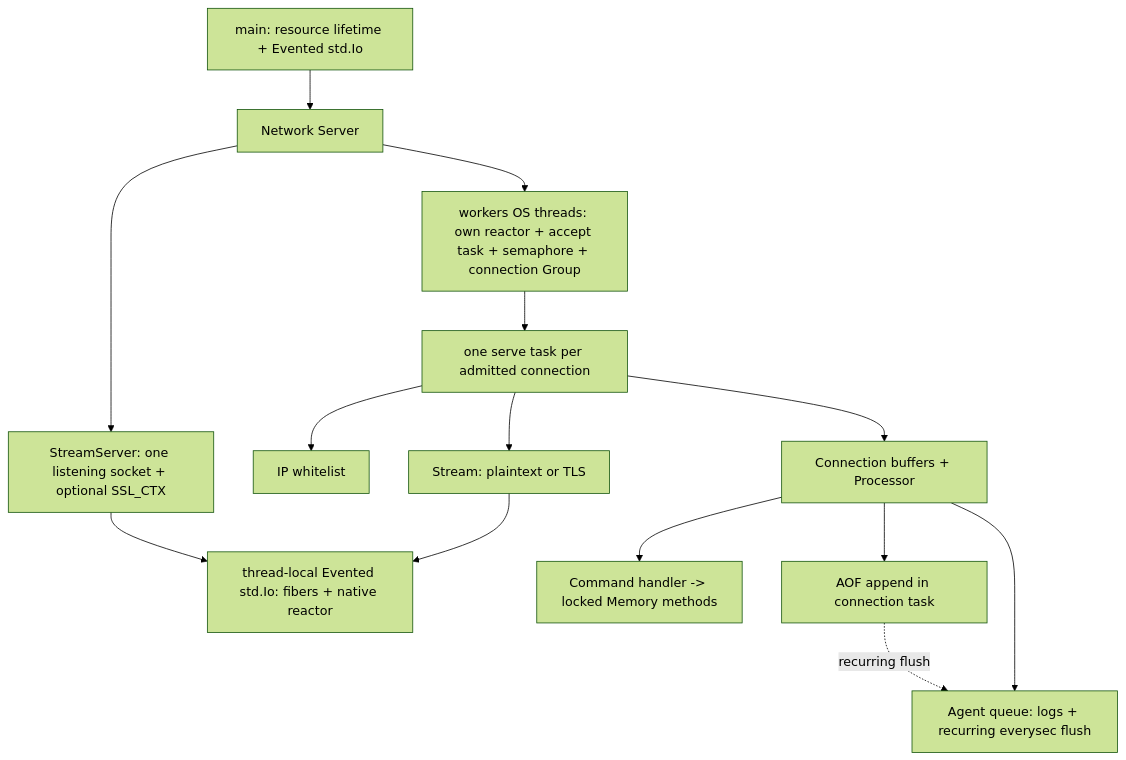
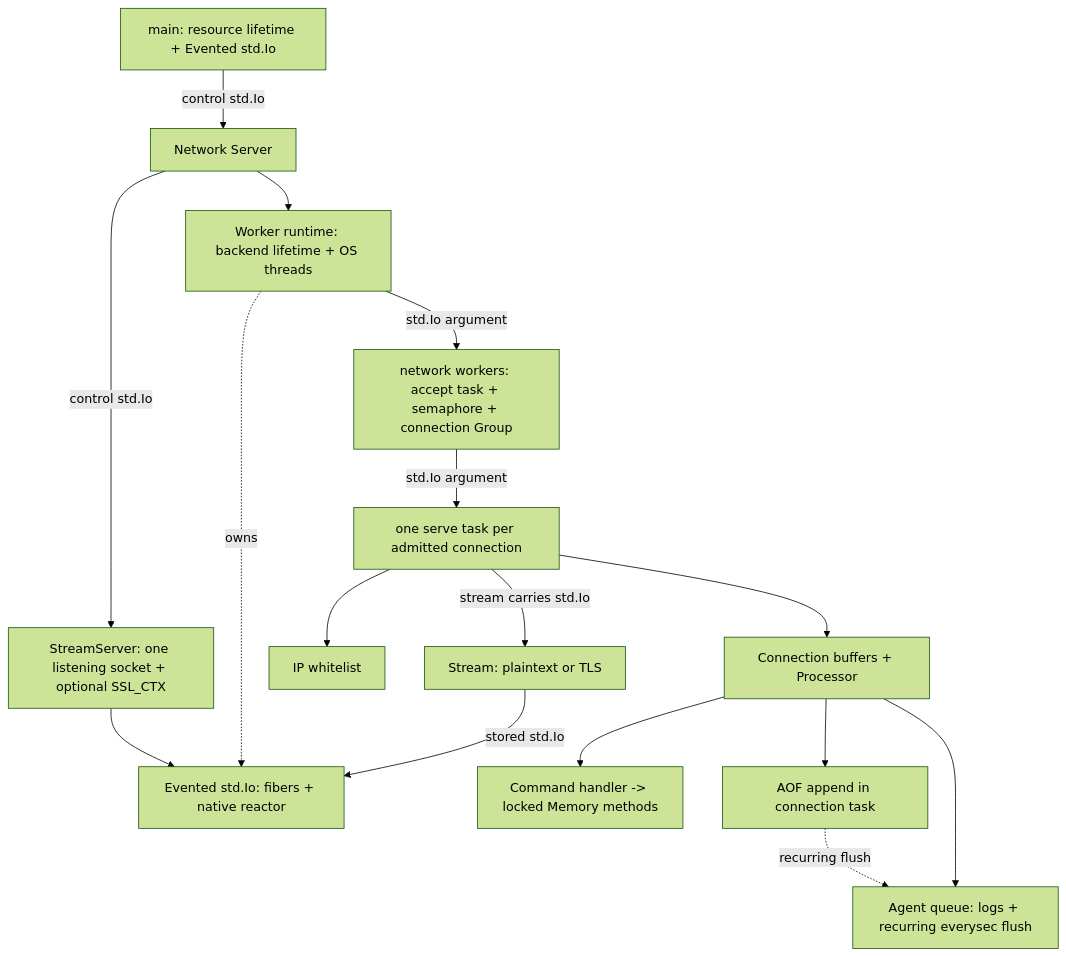
Before and after one commit to sectasy0/zcached: the first of 4 diagrams in docs/internals/network_architecture.md, drawn with Mermaid (forest theme). The commit also changed other lines of this file and 12 other files, not shown here.

First line of the commit message:
refactor(io): pass std.Io explicitly through the network stack

````diff
--- a/docs/internals/network_architecture.md
+++ b/docs/internals/network_architecture.md
@@ -45,28 +46,31 @@
 ```mermaid
 flowchart TD
     Main["main: resource lifetime + Evented std.Io"]
     Server["Network Server"]
     Transport["StreamServer: one listening socket + optional SSL_CTX"]
-    Accept["workers OS threads: own reactor + accept task + semaphore + connection Group"]
+    Runtime["Worker runtime: backend lifetime + OS threads"]
+    Accept["network workers: accept task + semaphore + connection Group"]
     Serve["one serve task per admitted connection"]
     Access["IP whitelist"]
     Stream["Stream: plaintext or TLS"]
     Processor["Connection buffers + Processor"]
     DB["Command handler -> locked Memory methods"]
     AOF["AOF append in connection task"]
     Queue["Agent queue: logs + recurring everysec flush"]
-    Backend["thread-local Evented std.Io: fibers + native reactor"]
-    Main --> Server
-    Server --> Transport
-    Server --> Accept
-    Accept --> Serve
+    Backend["Evented std.Io: fibers + native reactor"]
+    Main -->|"control std.Io"| Server
+    Server -->|"control std.Io"| Transport
+    Server --> Runtime
+    Runtime -. owns .-> Backend
+    Runtime -->|"std.Io argument"| Accept
+    Accept -->|"std.Io argument"| Serve
     Serve --> Access
-    Serve --> Stream
+    Serve -->|"stream carries std.Io"| Stream
     Serve --> Processor
     Processor --> DB
     Processor --> AOF
     Processor --> Queue
     AOF -. recurring flush .-> Queue
     Transport --> Backend
-    Stream --> Backend
+    Stream -->|"stored std.Io"| Backend
 ```
````
